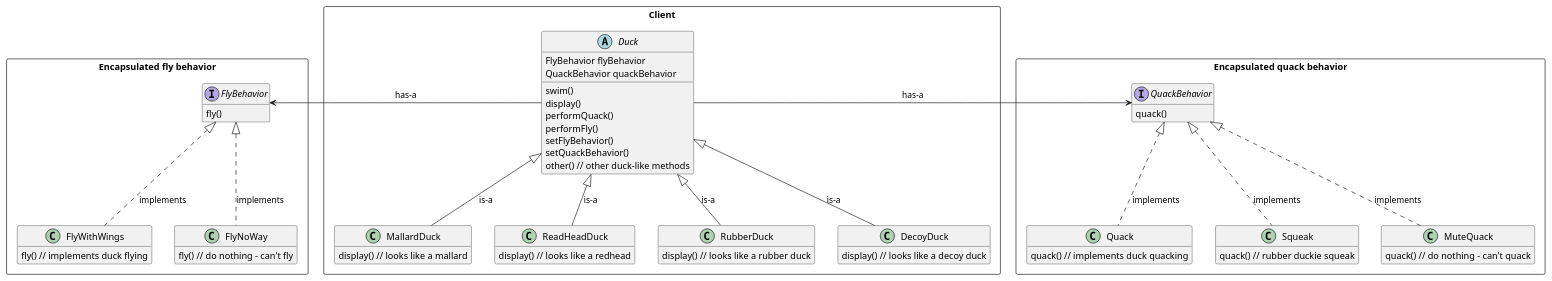
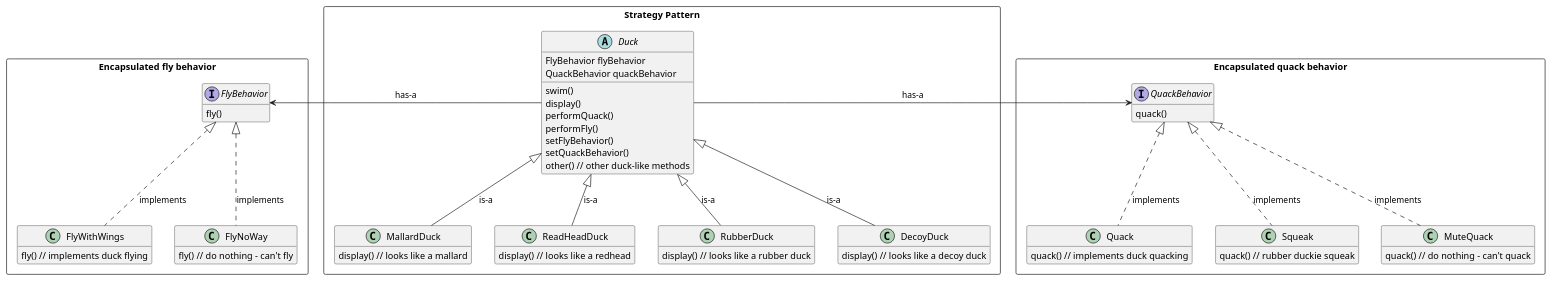
The diagram in books/head-first-design-patterns/src/chapter1/strategy_pattern.puml (ivangarciaporcel/java-training), drawn with PlantUML before and after one commit. The commit also changed 13 other files, not shown here.

Commit message:
Chapter 3. Added diagrams and implementation for decorator pattern.

```diff
--- a/books/head-first-design-patterns/src/chapter1/strategy_pattern.puml
+++ b/books/head-first-design-patterns/src/chapter1/strategy_pattern.puml
@@ -1,77 +1,77 @@
 @startuml
 'https://plantuml.com/class-diagram
 
-package Client <<Rectangle>> {
+package "Strategy Pattern" <<Rectangle>> {
     abstract class Duck {
      FlyBehavior flyBehavior
      QuackBehavior quackBehavior
      swim()
      display()
      performQuack()
      performFly()
      setFlyBehavior()
      setQuackBehavior()
      other() // other duck-like methods
     }
 
     class MallardDuck {
         display() // looks like a mallard
     }
 
     class ReadHeadDuck {
         display() // looks like a redhead
     }
 
     class RubberDuck {
         display() // looks like a rubber duck
     }
 
     class DecoyDuck {
         display() // looks like a decoy duck
     }
 }
 package "Encapsulated fly behavior" <<Rectangle>> {
     interface FlyBehavior {
         fly()
     }
 
     class FlyWithWings {
         fly() // implements duck flying
     }
 
     class FlyNoWay {
         fly() // do nothing - can't fly
     }
 }
 package "Encapsulated quack behavior" <<Rectangle>> {
     interface QuackBehavior {
         quack()
     }
 
     class Quack {
         quack() // implements duck quacking
     }
 
     class Squeak {
         quack() // rubber duckie squeak
     }
 
     class MuteQuack {
         quack() // do nothing - can't quack
     }
 }
 
 Duck -left-> FlyBehavior: has-a
 Duck -right-> QuackBehavior: has-a
 Duck <|-down- MallardDuck: is-a
 Duck <|-down- ReadHeadDuck: is-a
 Duck <|-down- RubberDuck: is-a
 Duck <|-down- DecoyDuck: is-a
 FlyBehavior <|.. FlyWithWings: implements
 FlyBehavior <|.. FlyNoWay: implements
 QuackBehavior <|.. Quack: implements
 QuackBehavior <|.. Squeak: implements
 QuackBehavior <|.. MuteQuack: implements
 
 hide empty members
 @enduml
```
